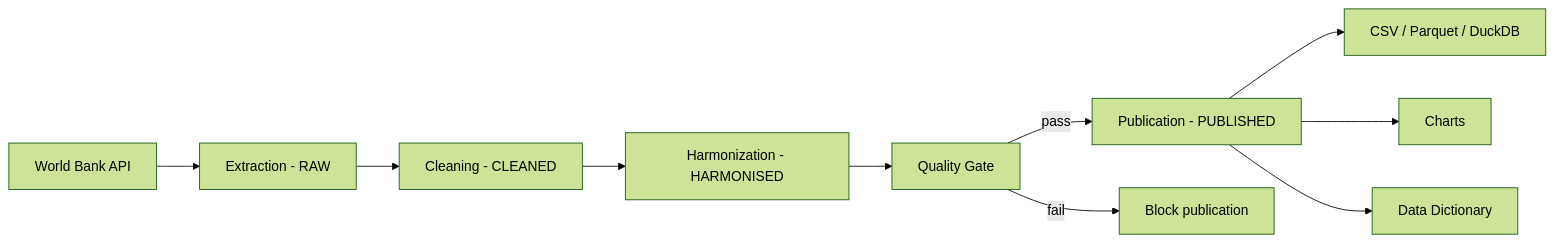
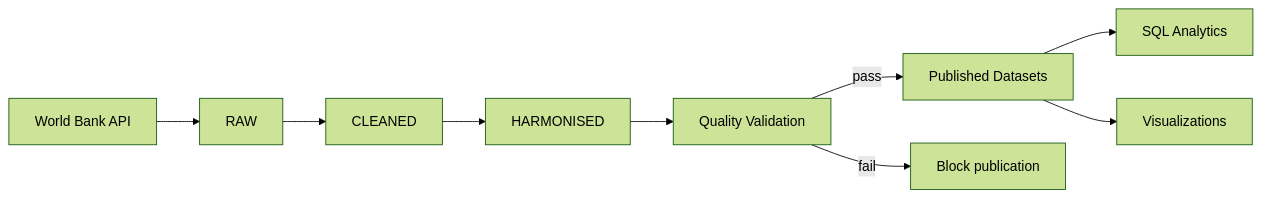
One commit to Raf-Hs/public-data-integration-harmonization-pipeline changed the diagram in README.md. Above: the diagram before and after it, drawn with Mermaid (forest theme). The commit also changed other lines of this file and 28 other files, not shown here.

````diff
--- a/README.md
+++ b/README.md
@@ -39,12 +13,11 @@
 ```mermaid
 flowchart LR
-    A[World Bank API] --> B[Extraction - RAW]
-    B --> C[Cleaning - CLEANED]
-    C --> D[Harmonization - HARMONISED]
-    D --> E[Quality Gate]
-    E -->|pass| F[Publication - PUBLISHED]
+    A[World Bank API] --> B[RAW]
+    B --> C[CLEANED]
+    C --> D[HARMONISED]
+    D --> E[Quality Validation]
+    E -->|pass| F[Published Datasets]
     E -->|fail| G[Block publication]
-    F --> H[CSV / Parquet / DuckDB]
-    F --> I[Charts]
-    F --> J[Data Dictionary]
+    F --> H[SQL Analytics]
+    F --> I[Visualizations]
 ```
````
